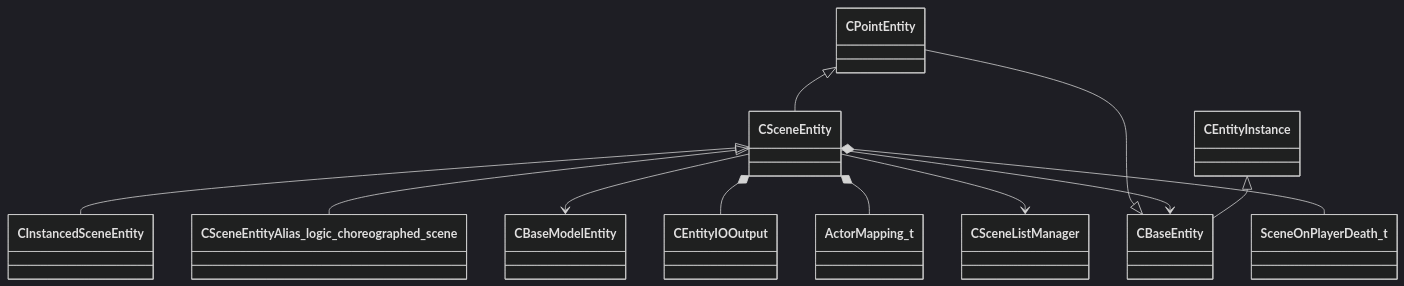
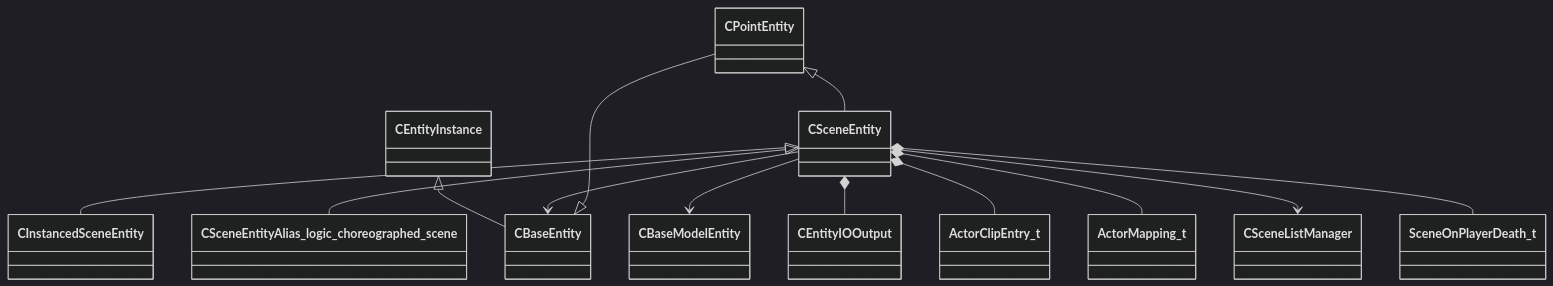
One commit to CS2OpenDev/CS2OpenDev-Docs changed the diagram in docs/generated/schemas/server/CSceneEntity.md. Above: the diagram before and after it, drawn with Mermaid (dark theme). The commit also changed other lines of this file and 4654 other files, not shown here.

Commit message:
docs: regenerate for SchemaTracker build 25947352 [skip ci]

````diff
--- a/docs/generated/schemas/server/CSceneEntity.md
+++ b/docs/generated/schemas/server/CSceneEntity.md
@@ -21,14 +21,15 @@
 ```mermaid
 classDiagram
     CPointEntity <|-- CSceneEntity
     CBaseEntity <|-- CPointEntity
     CEntityInstance <|-- CBaseEntity
     CSceneEntity <|-- CInstancedSceneEntity
     CSceneEntity <|-- CSceneEntityAlias_logic_choreographed_scene
     CSceneEntity --> CBaseEntity
     CSceneEntity --> CBaseModelEntity
     CSceneEntity *-- CEntityIOOutput
+    CSceneEntity *-- ActorClipEntry_t
     CSceneEntity *-- ActorMapping_t
     CSceneEntity --> CSceneListManager
     CSceneEntity *-- SceneOnPlayerDeath_t
 ```
````
